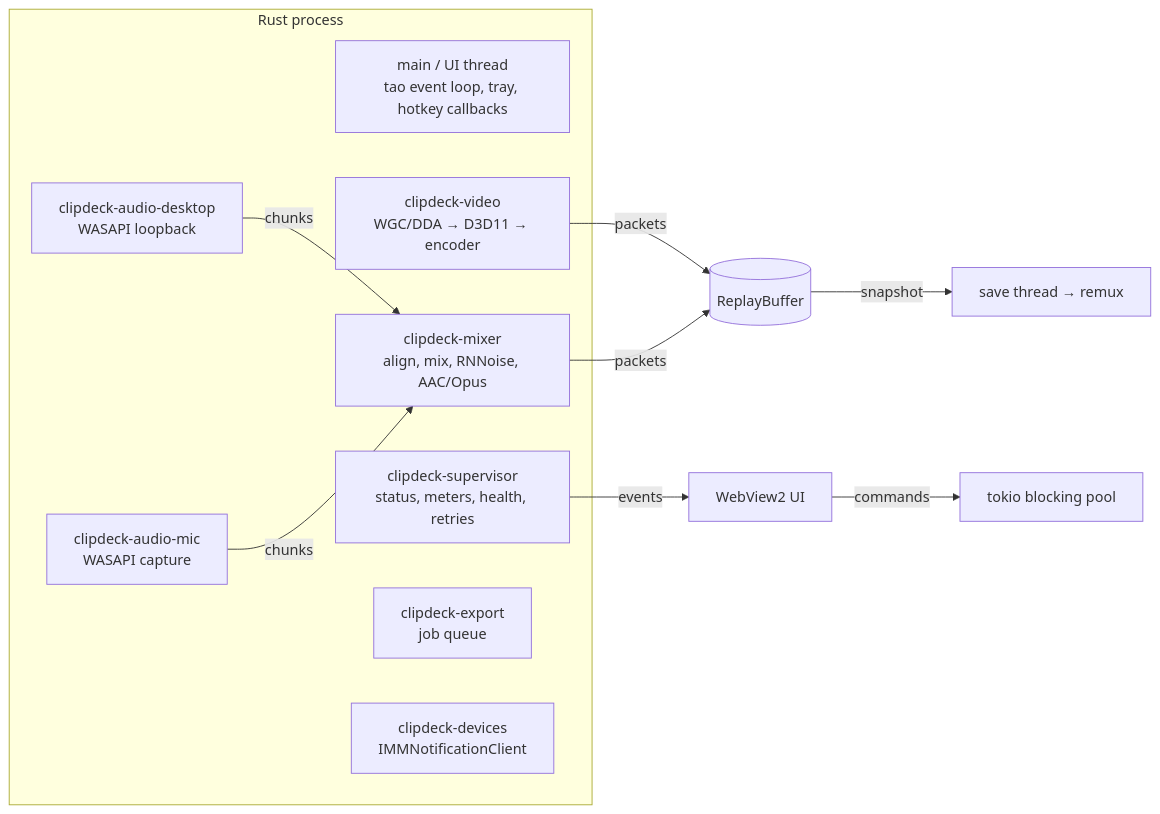
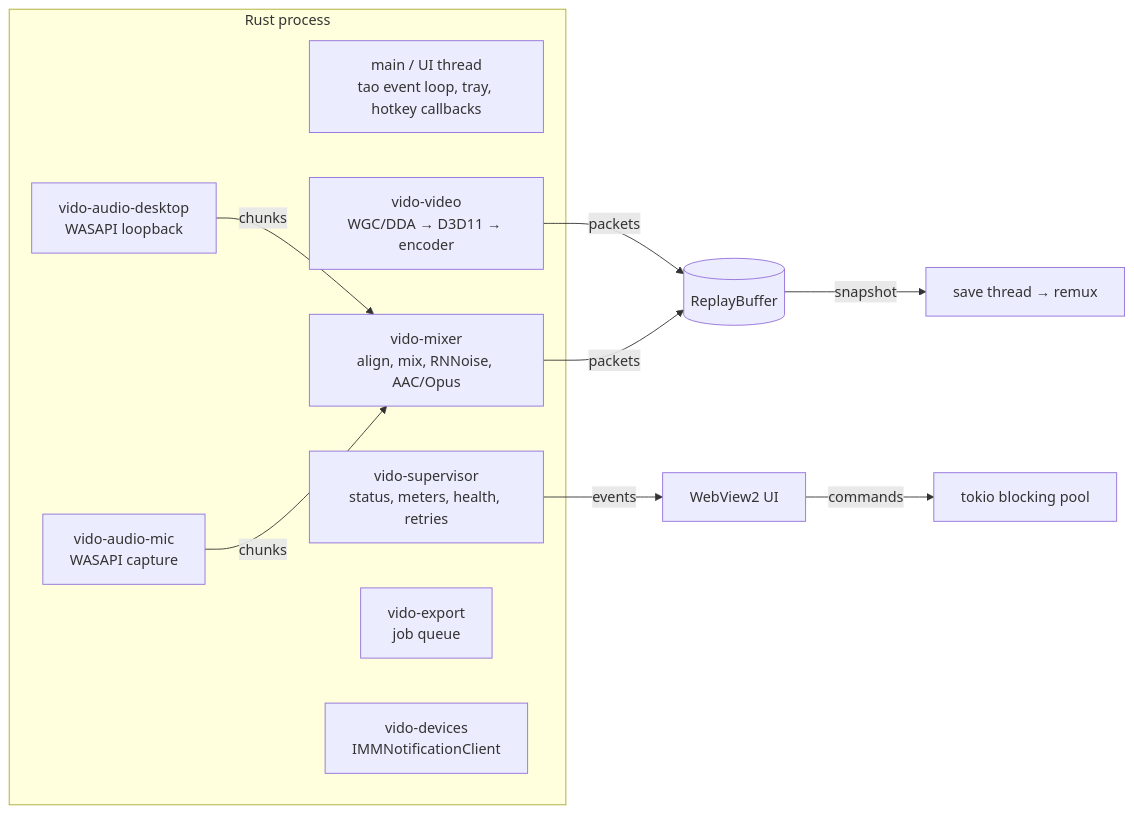
One commit to LegendNed/Vido changed the diagram in docs/ARCHITECTURE.md. Above: the diagram before and after it, drawn with Mermaid. The commit also changed other lines of this file and 41 other files, not shown here.

````diff
--- a/docs/ARCHITECTURE.md
+++ b/docs/ARCHITECTURE.md
@@ -9,20 +9,20 @@
 ```mermaid
 flowchart LR
   subgraph Rust process
     main[main / UI thread<br/>tao event loop, tray, hotkey callbacks]
-    sup[clipdeck-supervisor<br/>status, meters, health, retries]
-    vid[clipdeck-video<br/>WGC/DDA → D3D11 → encoder]
-    aud1[clipdeck-audio-desktop<br/>WASAPI loopback]
-    aud2[clipdeck-audio-mic<br/>WASAPI capture]
-    mix[clipdeck-mixer<br/>align, mix, RNNoise, AAC/Opus]
-    exp[clipdeck-export<br/>job queue]
-    dev[clipdeck-devices<br/>IMMNotificationClient]
+    sup[vido-supervisor<br/>status, meters, health, retries]
+    vid[vido-video<br/>WGC/DDA → D3D11 → encoder]
+    aud1[vido-audio-desktop<br/>WASAPI loopback]
+    aud2[vido-audio-mic<br/>WASAPI capture]
+    mix[vido-mixer<br/>align, mix, RNNoise, AAC/Opus]
+    exp[vido-export<br/>job queue]
+    dev[vido-devices<br/>IMMNotificationClient]
   end
   vid -- packets --> buf[(ReplayBuffer)]
   aud1 -- chunks --> mix
   aud2 -- chunks --> mix
   mix -- packets --> buf
   buf -- snapshot --> save[save thread → remux]
   sup -- events --> web[WebView2 UI]
   web -- commands --> cmds[tokio blocking pool]
 ```
````
